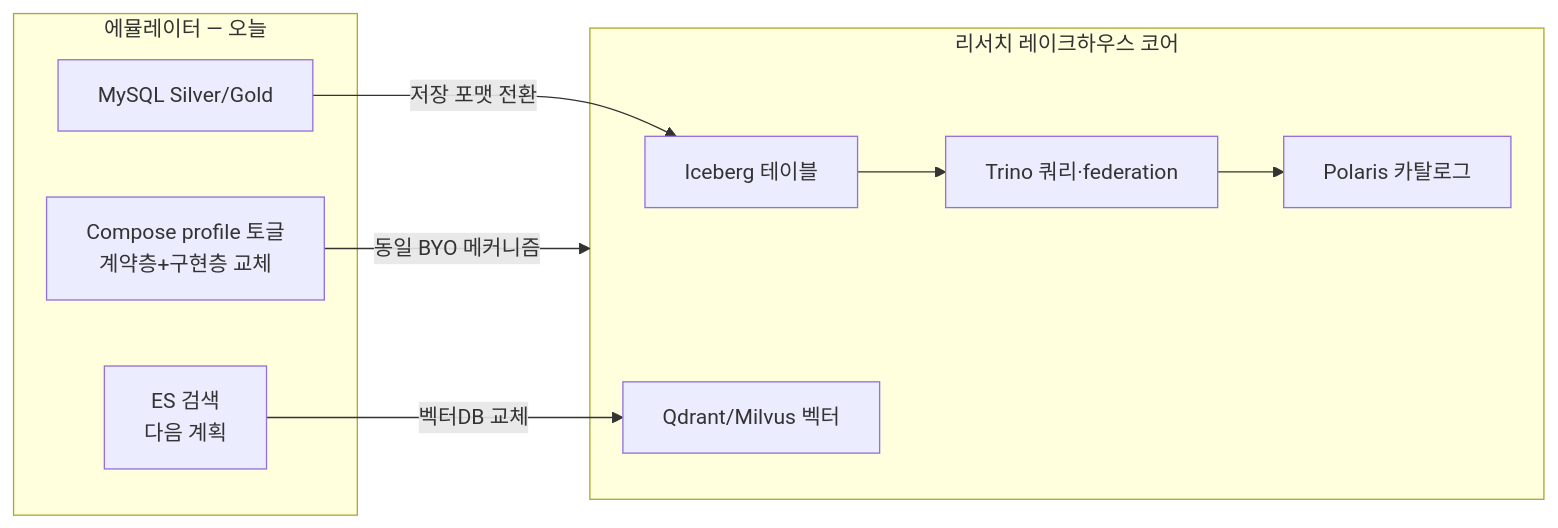
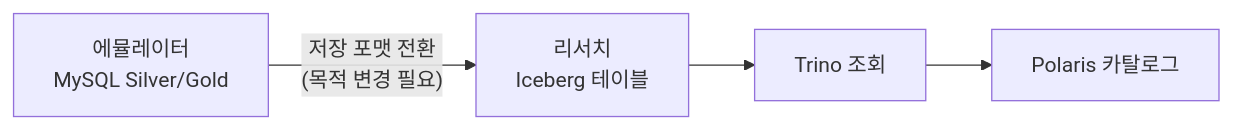
Before and after one commit to mzd-nrkim/pipeline-emulator: the fourth of 4 diagrams in docs/pipeline-emulator-vs-lakehouse-research.md, drawn with Mermaid. The commit also changed other lines of this file, not shown here.

````diff
--- a/docs/pipeline-emulator-vs-lakehouse-research.md
+++ b/docs/pipeline-emulator-vs-lakehouse-research.md
@@ -128,18 +199,5 @@
 ```mermaid
 flowchart LR
-    subgraph TODAY["에뮬레이터 — 오늘"]
-        A1["MySQL Silver/Gold"]
-        A2["ES 검색<br/>다음 계획"]
-        A3["Compose profile 토글<br/>계약층+구현층 교체"]
-    end
-    subgraph CORE["리서치 레이크하우스 코어"]
-        B1["Iceberg 테이블"]
-        B2["Trino 쿼리·federation"]
-        B3["Polaris 카탈로그"]
-        B4["Qdrant/Milvus 벡터"]
-    end
-    A1 -- 저장 포맷 전환 --> B1
-    B1 --> B2 --> B3
-    A2 -- 벡터DB 교체 --> B4
-    A3 -- 동일 BYO 메커니즘 --> CORE
+    A1["에뮬레이터<br/>MySQL Silver/Gold"] -- "저장 포맷 전환<br/>(목적 변경 필요)" --> B1["리서치<br/>Iceberg 테이블"]
+    B1 --> B2["Trino 조회"] --> B3["Polaris 카탈로그"]
 ```
````
